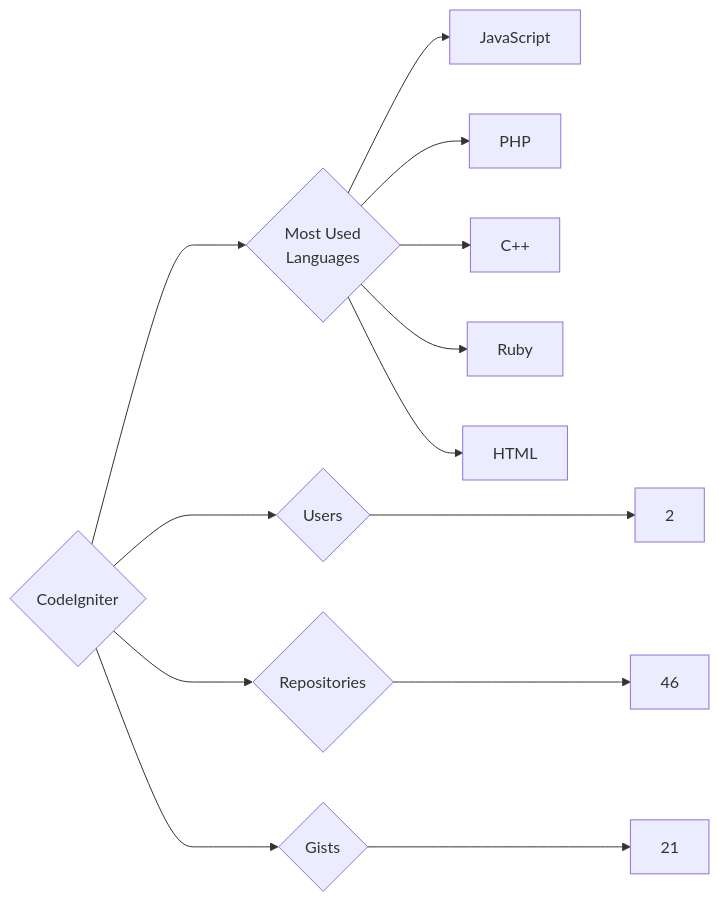
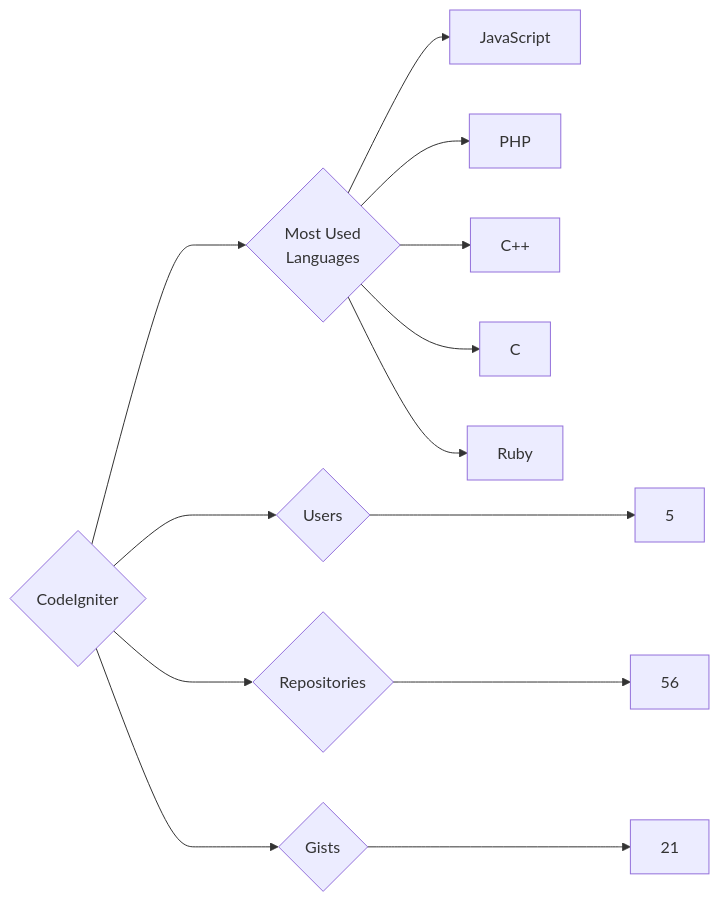
One commit to trickest/insiders changed the diagram in targets/CodeIgniter/README.md. Above: the diagram before and after it, drawn with Mermaid. The commit also changed 611 other files, not shown here.

````diff
--- a/targets/CodeIgniter/README.md
+++ b/targets/CodeIgniter/README.md
@@ -3,13 +3,13 @@
 ```mermaid
 graph LR
 COMPANY_NAME{CodeIgniter}
-COMPANY_NAME ---> U{Users} ---> UN[2]
-COMPANY_NAME ---> R{Repositories} ---> RN[46]
+COMPANY_NAME ---> U{Users} ---> UN[5]
+COMPANY_NAME ---> R{Repositories} ---> RN[56]
 COMPANY_NAME ---> G{Gists} ---> GN[21]
 COMPANY_NAME ---> ML{Most Used<br>Languages}
 ML --> JavaScript[JavaScript]
 ML --> PHP[PHP]
 ML --> C++[C++]
+ML --> C[C]
 ML --> Ruby[Ruby]
-ML --> HTML[HTML]
 ```
````
